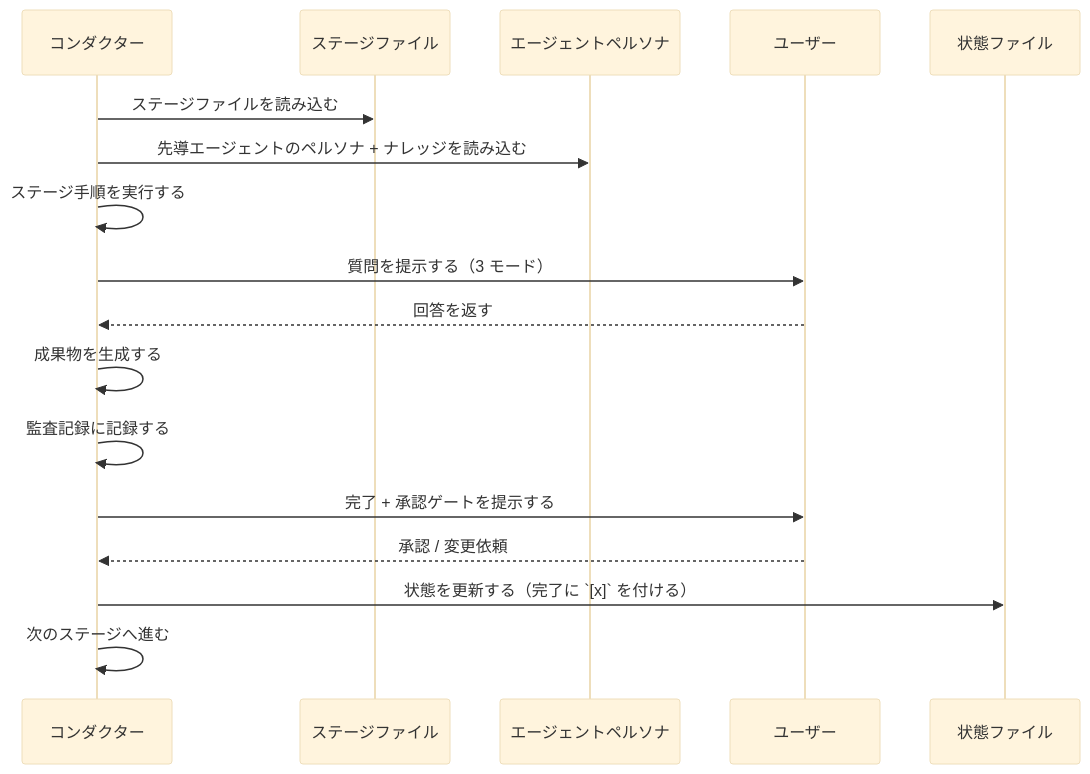
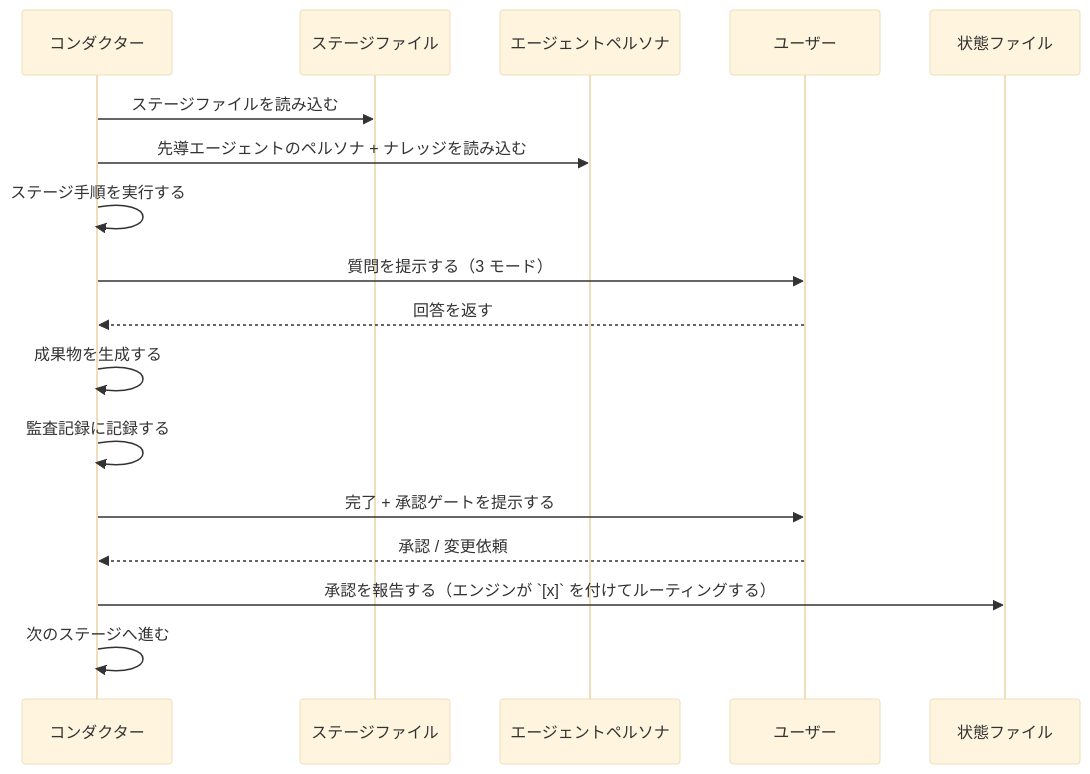
The third of 4 diagrams in docs/reference/01-architecture.mdx (otomatty/aidlc-workflows-docs), drawn with Mermaid (base theme) before and after one commit. The commit also changed other lines of this file and 71 other files, not shown here.

````diff
--- a/docs/reference/01-architecture.mdx
+++ b/docs/reference/01-architecture.mdx
@@ -225,20 +225,20 @@
 ```mermaid
 sequenceDiagram
     participant O as コンダクター
     participant S as ステージファイル
     participant A as エージェントペルソナ
     participant U as ユーザー
     participant ST as 状態ファイル
 
     O->>S: ステージファイルを読み込む
     O->>A: 先導エージェントのペルソナ + ナレッジを読み込む
     O->>O: ステージ手順を実行する
     O->>U: 質問を提示する（3 モード）
     U-->>O: 回答を返す
     O->>O: 成果物を生成する
     O->>O: 監査記録に記録する
     O->>U: 完了 + 承認ゲートを提示する
     U-->>O: 承認 / 変更依頼
-    O->>ST: 状態を更新する（完了に `[x]` を付ける）
+    O->>ST: 承認を報告する（エンジンが `[x]` を付けてルーティングする）
     O->>O: 次のステージへ進む
 ```
````
